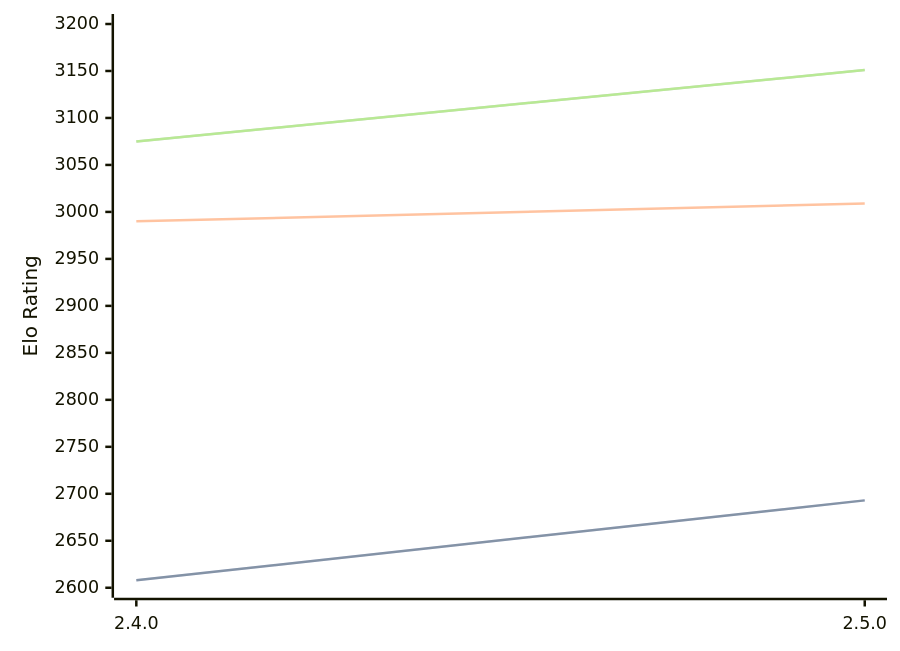
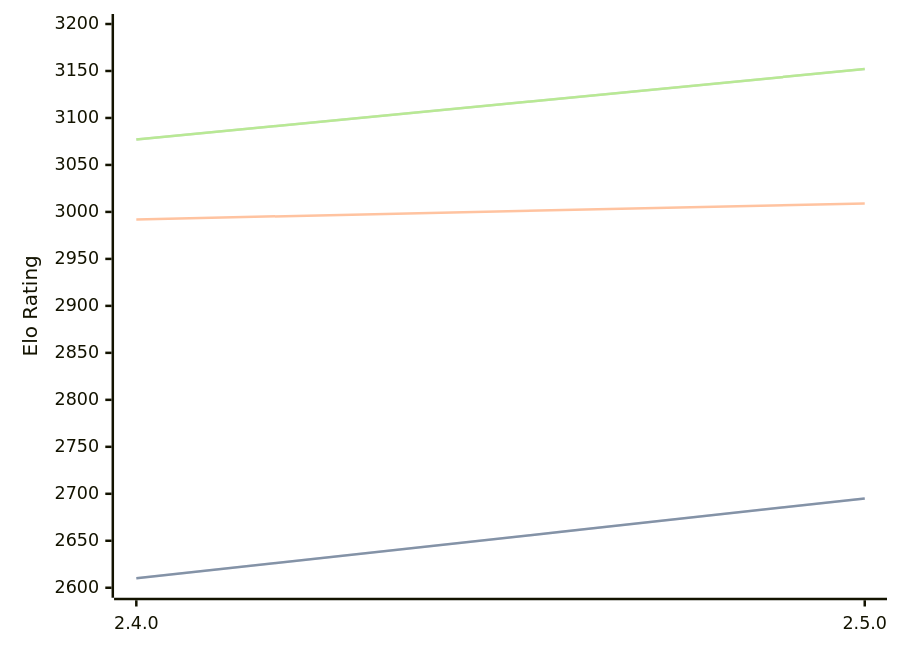
The first of 3 diagrams in engines/Sturddle2.md (computer-chess-index/cci), drawn with Mermaid before and after one commit. The commit also changed other lines of this file, not shown here.

Commit message:
Update CCI Ratings (ELO VLTC) - 2026-06-16

````diff
--- a/engines/Sturddle2.md
+++ b/engines/Sturddle2.md
@@ -37,11 +37,11 @@
 ```mermaid
 %%{init: {"theme":"base","themeVariables":{"seriesColors:['#a3a3a3','#222221','#faa371']}}}%%
 xychart-beta
   x-axis ["2.4.0", "2.5.0"]
   y-axis "Elo Rating" 2600 --> 3200
-  line "STC (8.0+0.08s)" [2608, 2693]
-  line "STC (8.0+0.08s)" [2608, 2693]
-  line "LTC (60.0+0.60s)" [2990, 3009]
-  line "VLTC (2m24s+1.12s)" [3075, 3151]
-  line "VLTC (2m24s+1.12s)" [3075, 3151]
+  line "STC (8.0+0.08s)" [2610, 2695]
+  line "STC (8.0+0.08s)" [2610, 2695]
+  line "LTC (60.0+0.60s)" [2992, 3009]
+  line "VLTC (2m24s+1.12s)" [3077, 3152]
+  line "VLTC (2m24s+1.12s)" [3077, 3152]
 ```
````
